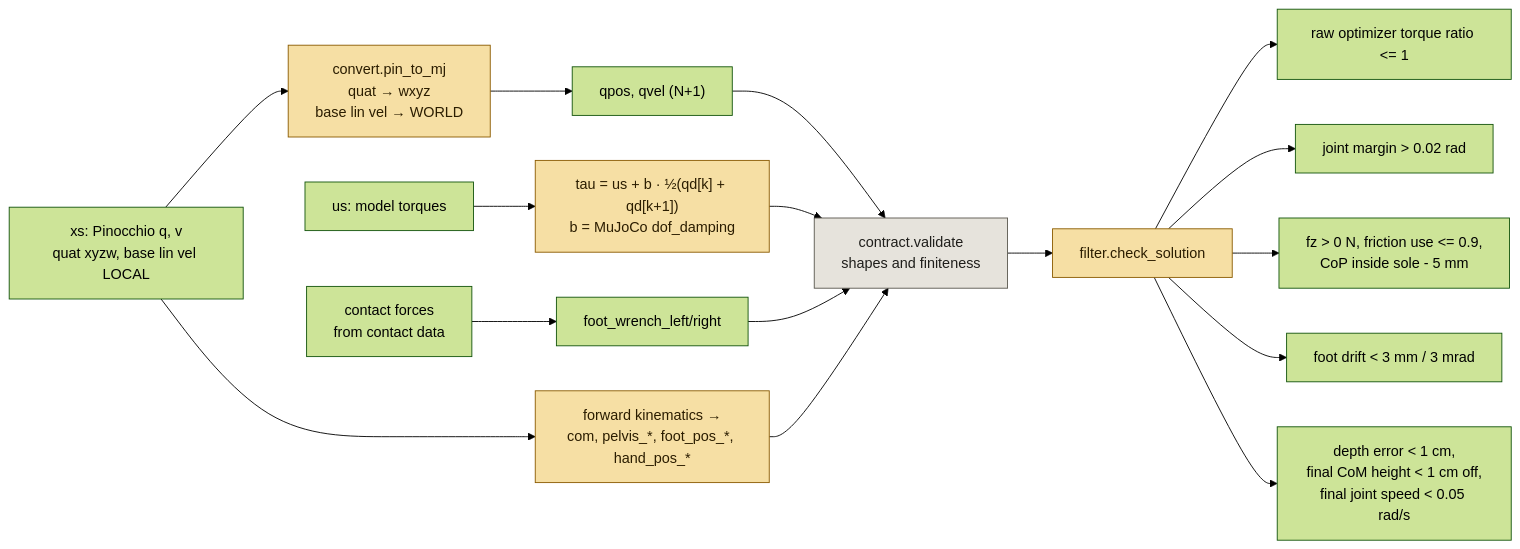
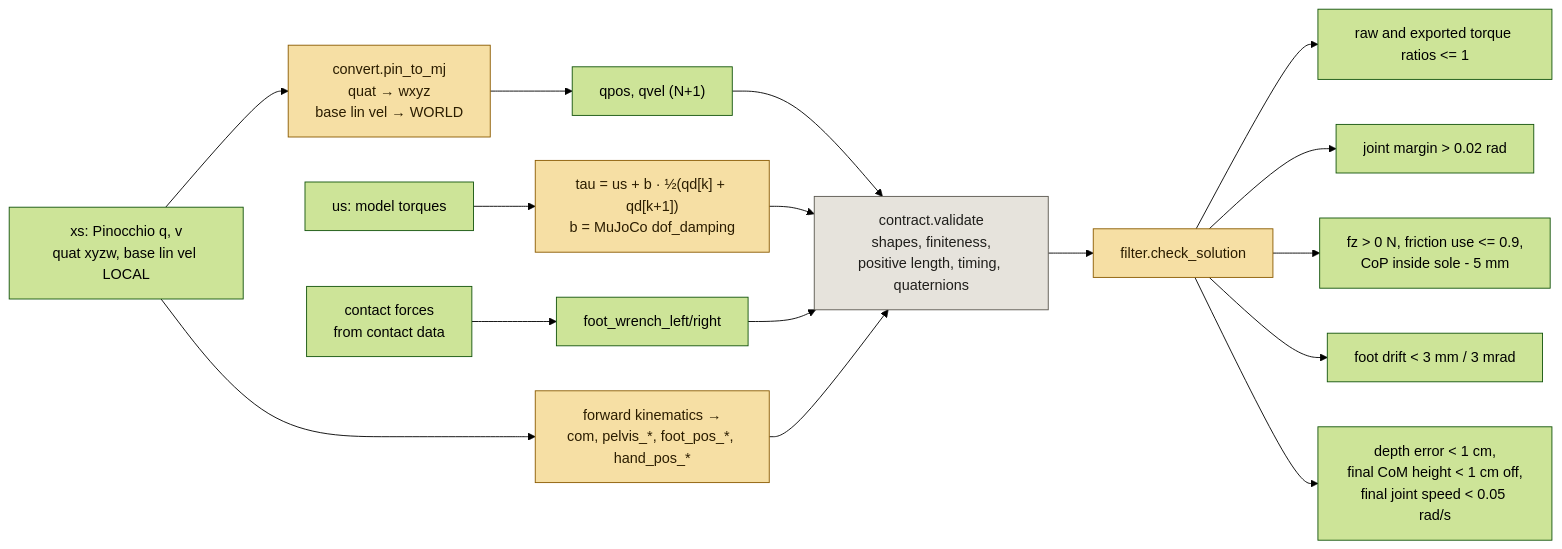
Before and after one commit to Oszkar/opt2skill-experiments: the fifth of 7 diagrams in docs/TRAJECTORY_DIAGRAMS.md, drawn with Mermaid (forest theme). The commit also changed other lines of this file and 13 other files, not shown here.

````diff
--- a/docs/TRAJECTORY_DIAGRAMS.md
+++ b/docs/TRAJECTORY_DIAGRAMS.md
@@ -235,20 +235,20 @@
 ```mermaid
 flowchart LR
     XS["xs: Pinocchio q, v<br/>quat xyzw, base lin vel LOCAL"] --> CONV["convert.pin_to_mj<br/>quat → wxyz<br/>base lin vel → WORLD"]
     CONV --> QPOS["qpos, qvel (N+1)"]
     US["us: model torques"] --> TAU["tau = us + b · ½(qd[k] + qd[k+1])<br/>b = MuJoCo dof_damping"]
     FORCES["contact forces<br/>from contact data"] --> WR["foot_wrench_left/right"]
     XS --> KP["forward kinematics →<br/>com, pelvis_*, foot_pos_*, hand_pos_*"]
-    QPOS & TAU & WR & KP --> V["contract.validate<br/>shapes and finiteness"]
+    QPOS & TAU & WR & KP --> V["contract.validate<br/>shapes, finiteness,<br/>positive length, timing, quaternions"]
     V --> F["filter.check_solution"]
-    F --> F1["raw optimizer torque ratio <= 1"]
+    F --> F1["raw and exported torque ratios <= 1"]
     F --> F2["joint margin > 0.02 rad"]
     F --> F3["fz > 0 N, friction use <= 0.9,<br/>CoP inside sole - 5 mm"]
     F --> F4["foot drift < 3 mm / 3 mrad"]
     F --> F5["depth error < 1 cm,<br/>final CoM height < 1 cm off,<br/>final joint speed < 0.05 rad/s"]
 
     classDef amber fill:#f6dfa4,stroke:#8a5a00,color:#2b1d00
     classDef grey fill:#e6e3dc,stroke:#5a574f,color:#1f1e1b
     class CONV,TAU,KP,F amber
     class V grey
 ```
````
